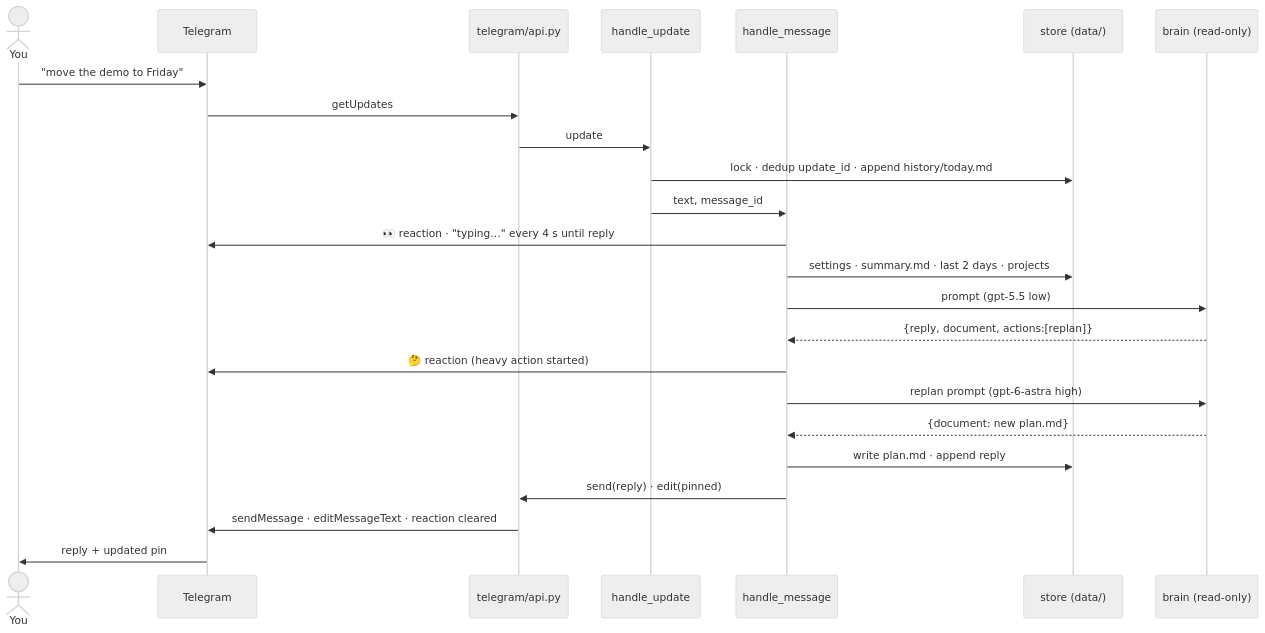
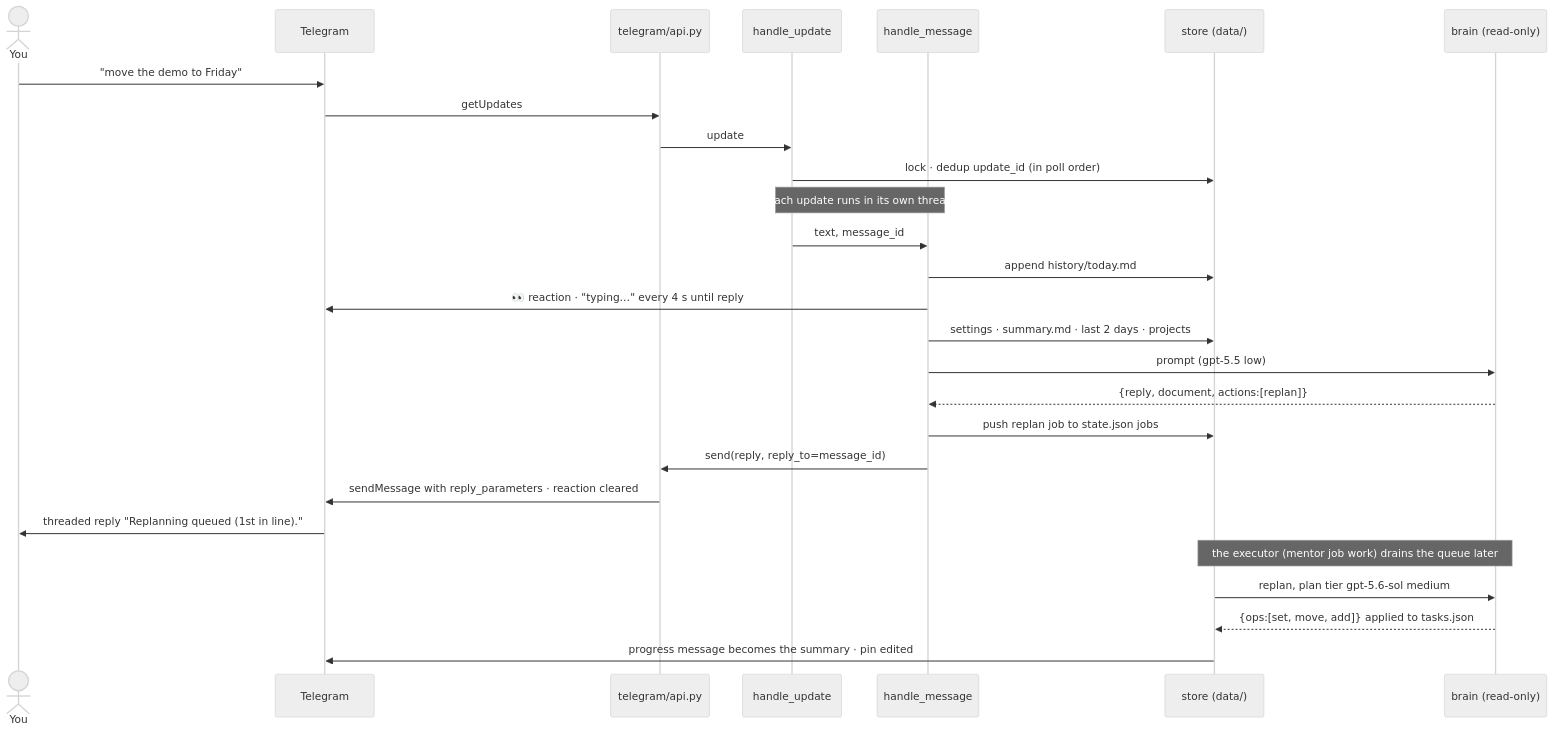
Before and after one commit to vovka/mentor-bot: the fourth of 19 diagrams in docs/ARCHITECTURE.md, drawn with Mermaid (neutral theme). The commit also changed other lines of this file and 2 other files, not shown here.

First line of the commit message:
Docs: durable queue, patch replan, plan tier, concurrent chat, /cancel

````diff
--- a/docs/ARCHITECTURE.md
+++ b/docs/ARCHITECTURE.md
@@ -78,26 +78,29 @@
 ```mermaid
 sequenceDiagram
   actor You
   participant TG as Telegram
   participant AD as telegram/api.py
   participant HU as handle_update
   participant HM as handle_message
   participant ST as store (data/)
   participant BR as brain (read-only)
   You->>TG: "move the demo to Friday"
   TG->>AD: getUpdates
   AD->>HU: update
-  HU->>ST: lock · dedup update_id · append history/today.md
+  HU->>ST: lock · dedup update_id (in poll order)
+  Note over HU,HM: each update runs in its own thread
   HU->>HM: text, message_id
+  HM->>ST: append history/today.md
   HM->>TG: 👀 reaction · "typing…" every 4 s until reply
   HM->>ST: settings · summary.md · last 2 days · projects
   HM->>BR: prompt (gpt-5.5 low)
   BR-->>HM: {reply, document, actions:[replan]}
-  HM->>TG: 🤔 reaction (heavy action started)
-  HM->>BR: replan prompt (gpt-6-astra high)
-  BR-->>HM: {document: new plan.md}
-  HM->>ST: write plan.md · append reply
-  HM->>AD: send(reply) · edit(pinned)
-  AD->>TG: sendMessage · editMessageText · reaction cleared
-  TG->>You: reply + updated pin
+  HM->>ST: push replan job to state.json jobs
+  HM->>AD: send(reply, reply_to=message_id)
+  AD->>TG: sendMessage with reply_parameters · reaction cleared
+  TG->>You: threaded reply "Replanning queued (1st in line)."
+  Note over ST,BR: the executor (mentor job work) drains the queue later
+  ST->>BR: replan, plan tier gpt-5.6-sol medium
+  BR-->>ST: {ops:[set, move, add]} applied to tasks.json
+  ST->>TG: progress message becomes the summary · pin edited
 ```
````
